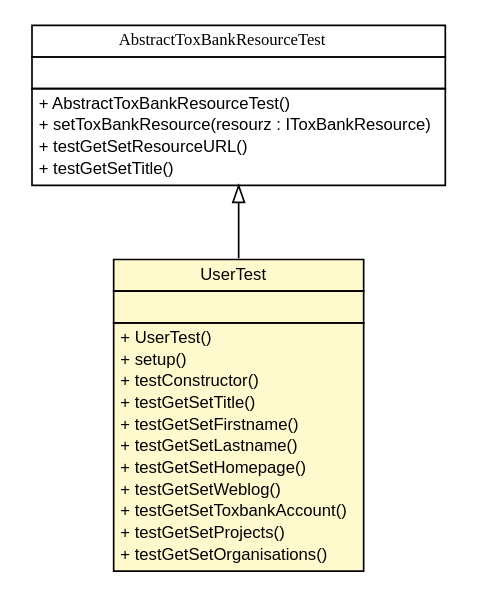
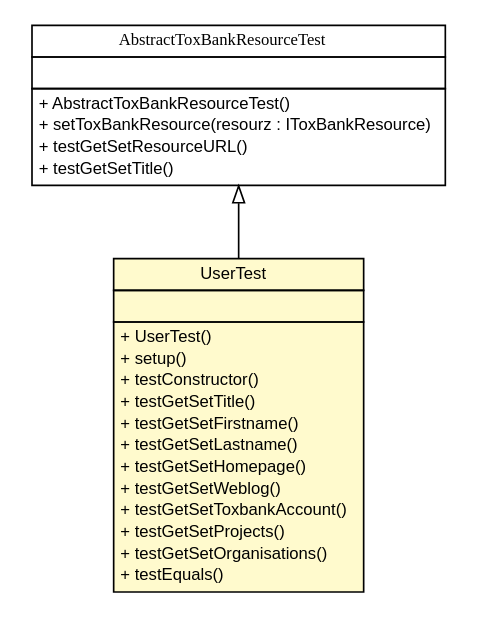
Before and after one commit to ToxBank/toxbank-api-beans: the diagram in testapidocs/net/toxbank/client/resource/UserTest.dot, drawn with Graphviz. The commit also changed 102 other files, not shown here.

```diff
--- a/testapidocs/net/toxbank/client/resource/UserTest.dot
+++ b/testapidocs/net/toxbank/client/resource/UserTest.dot
@@ -1,49 +1,50 @@
 #!/usr/local/bin/dot
 #
 # Class diagram 
 # Generated by UmlGraph version 4.6 (http://www.spinellis.gr/sw/umlgraph)
 #
 
 digraph G {
 	edge [fontname="arial",fontsize=10,labelfontname="arial",labelfontsize=10];
 	node [fontname="arial",fontsize=10,shape=plaintext];
 	// net.toxbank.client.resource.UserTest
 	c333 [label=<<table border="0" cellborder="1" cellspacing="0" cellpadding="2" port="p" bgcolor="lemonChiffon" href="./UserTest.html">
 		<tr><td><table border="0" cellspacing="0" cellpadding="1">
 			<tr><td> UserTest </td></tr>
 		</table></td></tr>
 		<tr><td><table border="0" cellspacing="0" cellpadding="1">
 			<tr><td align="left">  </td></tr>
 		</table></td></tr>
 		<tr><td><table border="0" cellspacing="0" cellpadding="1">
 			<tr><td align="left"> + UserTest() </td></tr>
 			<tr><td align="left"> + setup() </td></tr>
 			<tr><td align="left"> + testConstructor() </td></tr>
 			<tr><td align="left"> + testGetSetTitle() </td></tr>
 			<tr><td align="left"> + testGetSetFirstname() </td></tr>
 			<tr><td align="left"> + testGetSetLastname() </td></tr>
 			<tr><td align="left"> + testGetSetHomepage() </td></tr>
 			<tr><td align="left"> + testGetSetWeblog() </td></tr>
 			<tr><td align="left"> + testGetSetToxbankAccount() </td></tr>
 			<tr><td align="left"> + testGetSetProjects() </td></tr>
 			<tr><td align="left"> + testGetSetOrganisations() </td></tr>
+			<tr><td align="left"> + testEquals() </td></tr>
 		</table></td></tr>
 		</table>>, fontname="arial", fontcolor="black", fontsize=10.0];
 	// net.toxbank.client.resource.AbstractToxBankResourceTest
 	c344 [label=<<table border="0" cellborder="1" cellspacing="0" cellpadding="2" port="p" href="./AbstractToxBankResourceTest.html">
 		<tr><td><table border="0" cellspacing="0" cellpadding="1">
 			<tr><td><font face="ariali"> AbstractToxBankResourceTest </font></td></tr>
 		</table></td></tr>
 		<tr><td><table border="0" cellspacing="0" cellpadding="1">
 			<tr><td align="left">  </td></tr>
 		</table></td></tr>
 		<tr><td><table border="0" cellspacing="0" cellpadding="1">
 			<tr><td align="left"> + AbstractToxBankResourceTest() </td></tr>
 			<tr><td align="left"> + setToxBankResource(resourz : IToxBankResource) </td></tr>
 			<tr><td align="left"> + testGetSetResourceURL() </td></tr>
 			<tr><td align="left"> + testGetSetTitle() </td></tr>
 		</table></td></tr>
 		</table>>, fontname="arial", fontcolor="black", fontsize=10.0];
 	//net.toxbank.client.resource.UserTest extends net.toxbank.client.resource.AbstractToxBankResourceTest
 	c344:p -> c333:p [dir=back,arrowtail=empty];
 }
```
